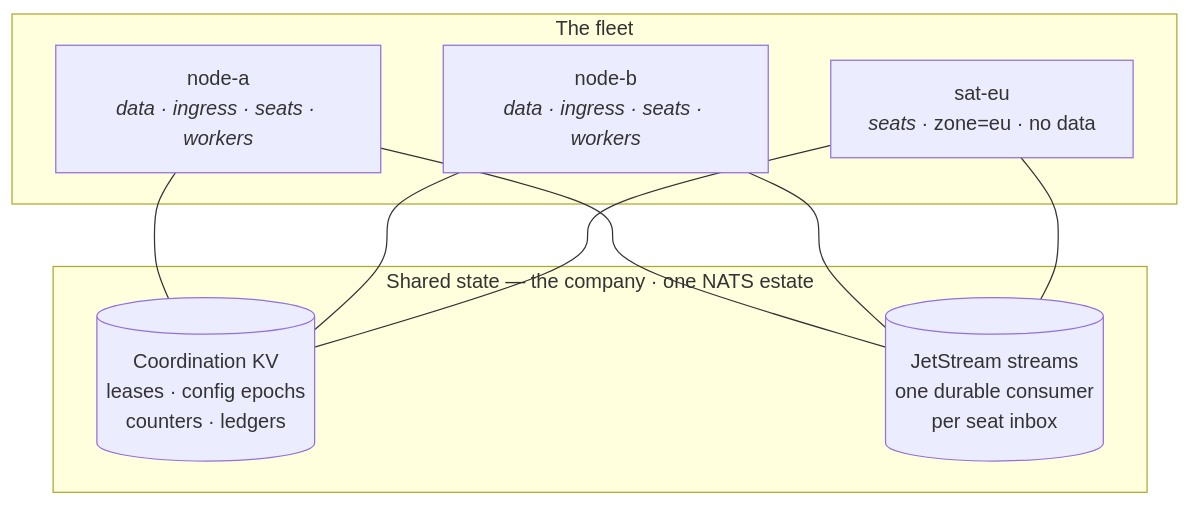
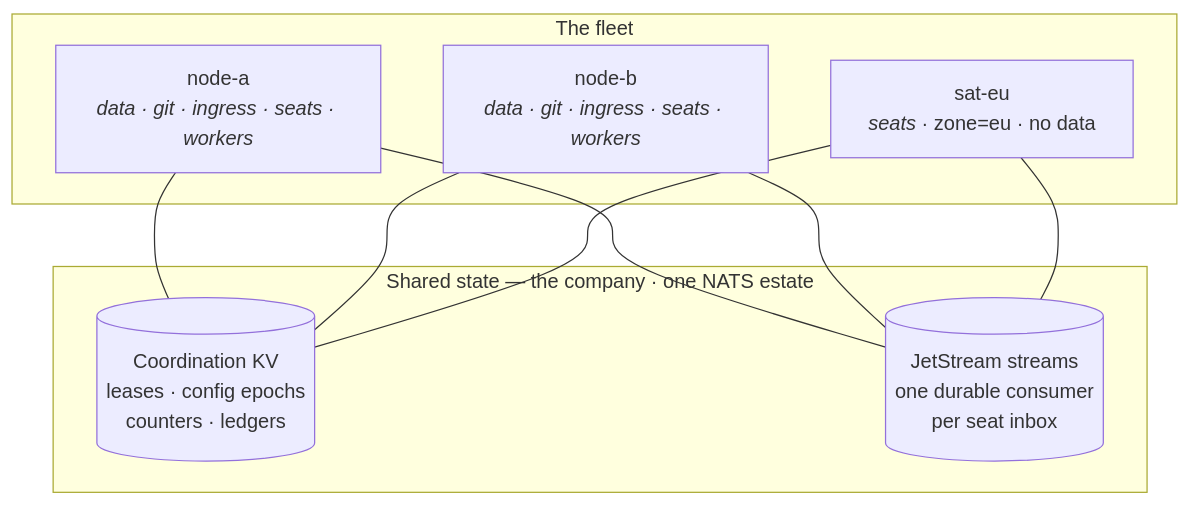
Before and after one commit to crewlet/crewlet: the first of 2 diagrams in docs/concepts/scaling.md, drawn with Mermaid. The commit also changed other lines of this file and 73 other files, not shown here.

````diff
--- a/docs/concepts/scaling.md
+++ b/docs/concepts/scaling.md
@@ -40,18 +41,18 @@
 ```mermaid
 flowchart TB
     subgraph fleet["The fleet"]
-        N1["node-a<br/><i>data · ingress · seats · workers</i>"]
-        N2["node-b<br/><i>data · ingress · seats · workers</i>"]
+        N1["node-a<br/><i>data · git · ingress · seats · workers</i>"]
+        N2["node-b<br/><i>data · git · ingress · seats · workers</i>"]
         N3["sat-eu<br/><i>seats</i> · zone=eu · no data"]
     end
     subgraph shared["Shared state — the company · one NATS estate"]
         KV[("Coordination KV<br/>leases · config epochs<br/>counters · ledgers")]
         MQ[("JetStream streams<br/>one durable consumer<br/>per seat inbox")]
     end
     N1 --- KV
     N2 --- KV
     N3 --- KV
     N1 --- MQ
     N2 --- MQ
     N3 --- MQ
 ```
````
